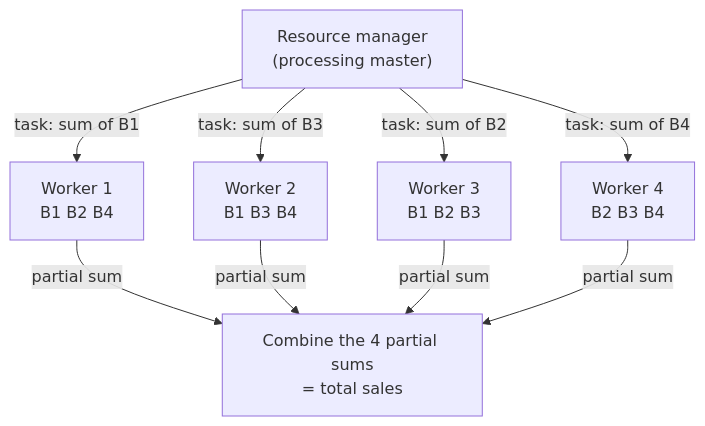
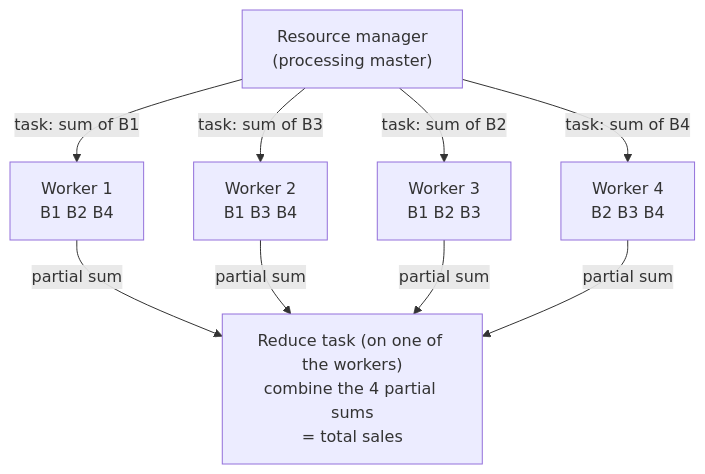
The second of 3 diagrams in lessons/06_big_data_technologies.md (Naviden/Introduction-to-Big-Data-and-NoSQL), drawn with Mermaid before and after one commit. The commit also changed other lines of this file, not shown here.

Commit message:
clarify where results are combined

````diff
--- a/lessons/06_big_data_technologies.md
+++ b/lessons/06_big_data_technologies.md
@@ -50,12 +50,12 @@
 ```mermaid
 flowchart TB
     rm["Resource manager<br/>(processing master)"]
     rm -->|"task: sum of B1"| W1["Worker 1<br/>B1 B2 B4"]
     rm -->|"task: sum of B3"| W2["Worker 2<br/>B1 B3 B4"]
     rm -->|"task: sum of B2"| W3["Worker 3<br/>B1 B2 B3"]
     rm -->|"task: sum of B4"| W4["Worker 4<br/>B2 B3 B4"]
-    W1 -->|"partial sum"| total["Combine the 4 partial sums<br/>= total sales"]
+    W1 -->|"partial sum"| total["Reduce task (on one of the workers)<br/>combine the 4 partial sums<br/>= total sales"]
     W2 -->|"partial sum"| total
     W3 -->|"partial sum"| total
     W4 -->|"partial sum"| total
 ```
````
